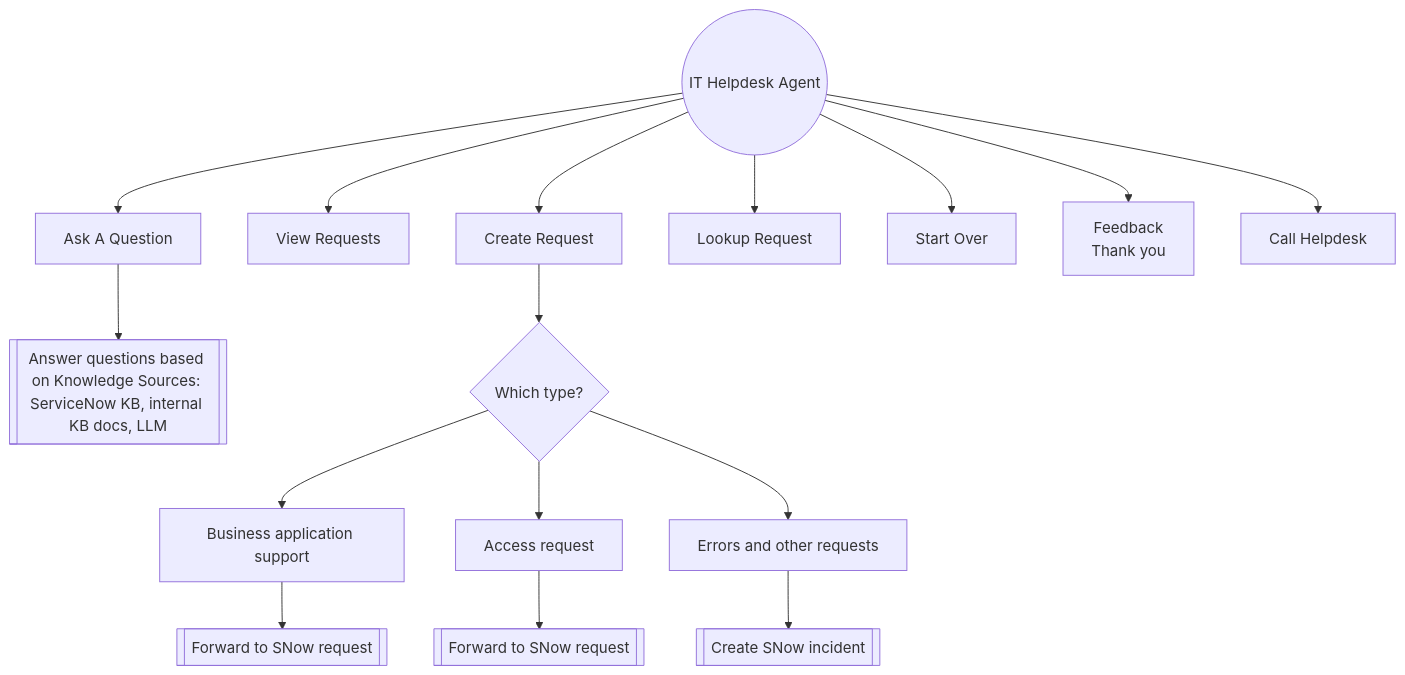
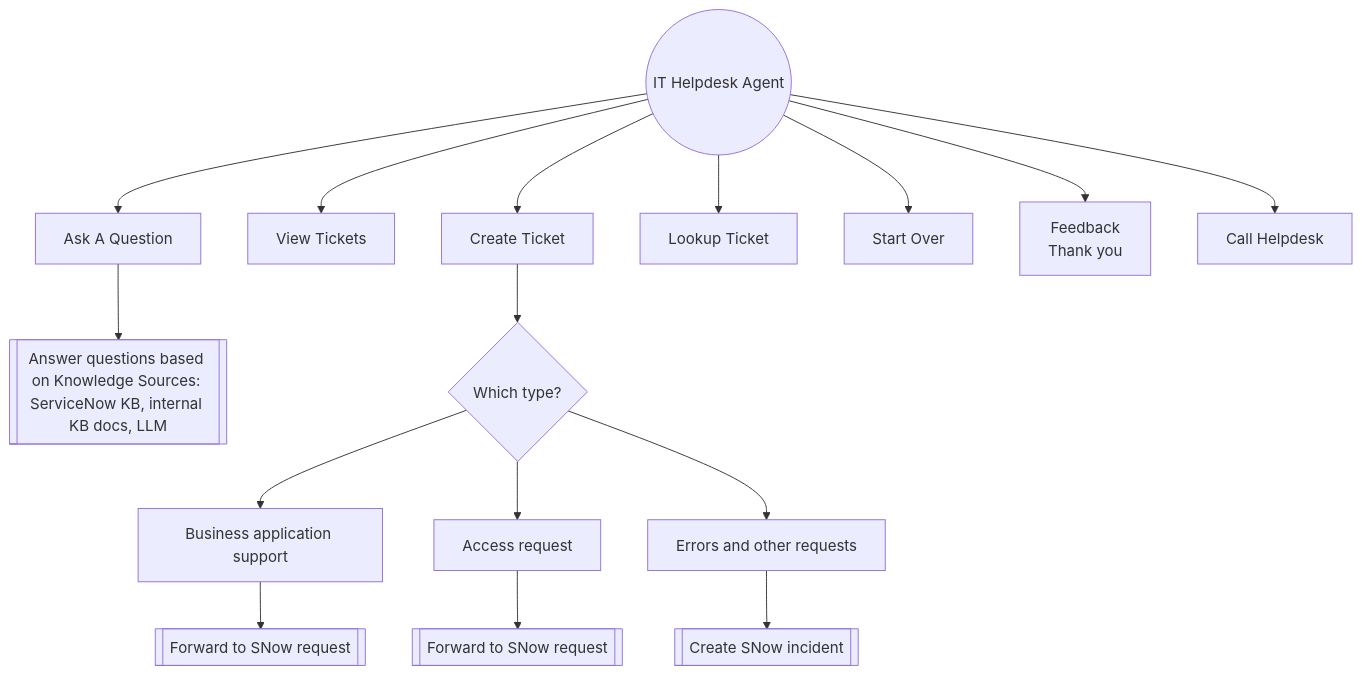
The diagram in dialogflow.mmd (mameshini/evals), drawn with Mermaid before and after one commit. The commit also changed 2 other files, not shown here.

Commit message:
Update dialog flow

```diff
--- a/dialogflow.mmd
+++ b/dialogflow.mmd
@@ -1,17 +1,17 @@
 flowchart TB
     A((IT Helpdesk Agent))
     A --> C["Ask A Question"]
     C --> KB[[Answer questions based on Knowledge Sources: ServiceNow KB, internal KB docs, LLM]]
-    A --> N["View Requests"]
-    A --> E["Create Request"]
-    A --> K["Lookup Request"]
+    A --> N["View Tickets"]
+    A --> E["Create Ticket"]
+    A --> K["Lookup Ticket"]
     E --> Q{"Which type?"}
     Q --> BA["Business application support"]
     BA --> FS1[[Forward to SNow request]]
     Q --> AR["Access request"]
     AR --> FS2[[Forward to SNow request]]
     Q --> EOR["Errors and other requests"]
     EOR --> CRI[[Create SNow incident]]
     A --> L["Start Over"]
     A --> G["Feedback<br>Thank you"]
     A --> B["Call Helpdesk"]
```
